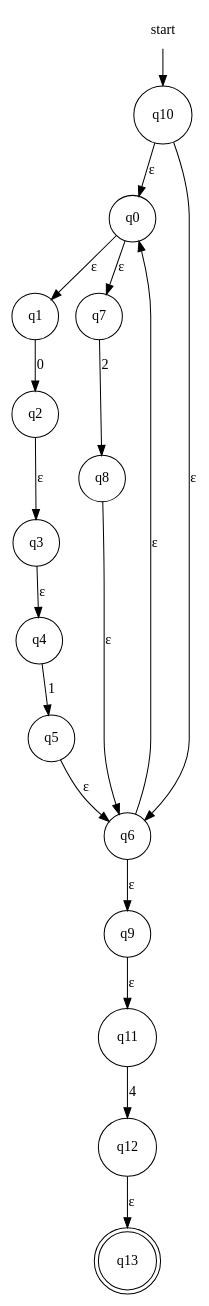
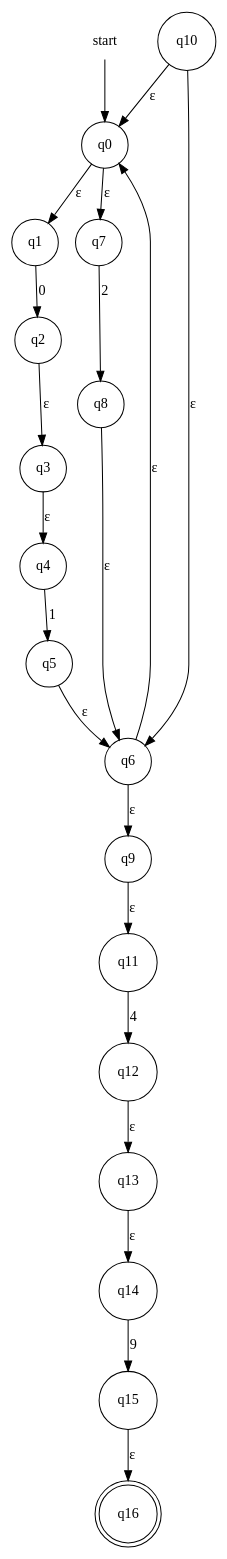
The diagram in fase1/RE-eNFA/regex_4.dot (evertheylen/TA_TO), drawn with Graphviz before and after one commit. The commit also changed 13 other files, not shown here.

```diff
--- a/fase1/RE-eNFA/regex_4.dot
+++ b/fase1/RE-eNFA/regex_4.dot
@@ -1,22 +1,25 @@
 digraph automaton {
     node [shape=none]; start;
-    node [shape=doublecircle]; "q13";
+    node [shape=doublecircle]; "q16";
     node [shape=circle];
-    start -> "q10";
+    start -> "q0";
     "q0" -> "q1" [label="&epsilon;"];
     "q0" -> "q7" [label="&epsilon;"];
     "q1" -> "q2" [label="0"];
     "q2" -> "q3" [label="&epsilon;"];
     "q3" -> "q4" [label="&epsilon;"];
     "q4" -> "q5" [label="1"];
     "q5" -> "q6" [label="&epsilon;"];
     "q6" -> "q0" [label="&epsilon;"];
     "q6" -> "q9" [label="&epsilon;"];
     "q7" -> "q8" [label="2"];
     "q8" -> "q6" [label="&epsilon;"];
     "q9" -> "q11" [label="&epsilon;"];
     "q10" -> "q0" [label="&epsilon;"];
     "q10" -> "q6" [label="&epsilon;"];
     "q11" -> "q12" [label="4"];
     "q12" -> "q13" [label="&epsilon;"];
+    "q13" -> "q14" [label="&epsilon;"];
+    "q14" -> "q15" [label="9"];
+    "q15" -> "q16" [label="&epsilon;"];
 }
```
